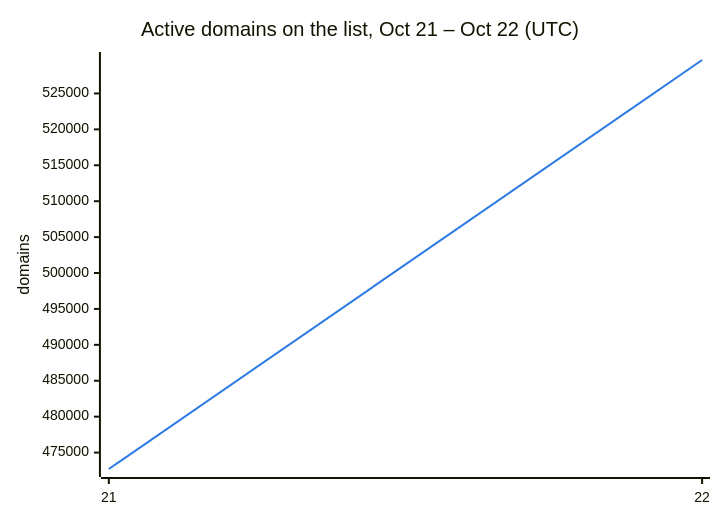
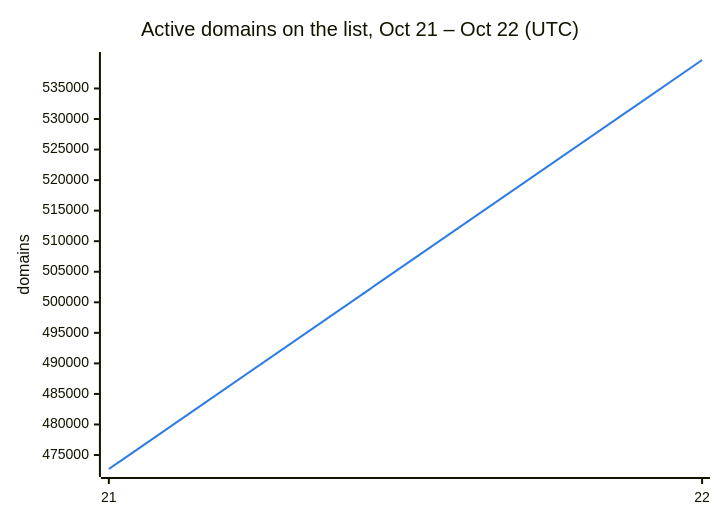
Before and after one commit to DNSBunker/CTI: the second of 3 diagrams in README.md, drawn with Mermaid. The commit also changed other lines of this file and 3 other files, not shown here.

````diff
--- a/README.md
+++ b/README.md
@@ -38,8 +38,8 @@
 ```mermaid
 %%{init: {"themeVariables": {"xyChart": {"plotColorPalette": "#2c7be5"}}}}%%
 xychart-beta
     title "Active domains on the list, Oct 21 – Oct 22 (UTC)"
     x-axis ["21", "22"]
     y-axis "domains"
-    line [472713, 529659]
+    line [472713, 539660]
 ```
````
